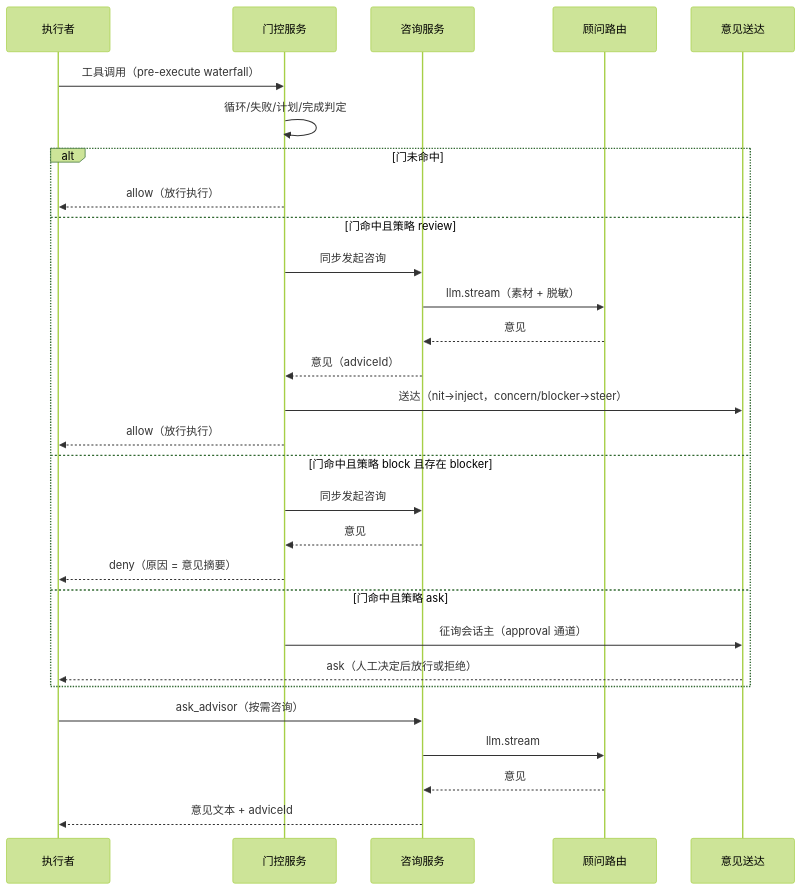
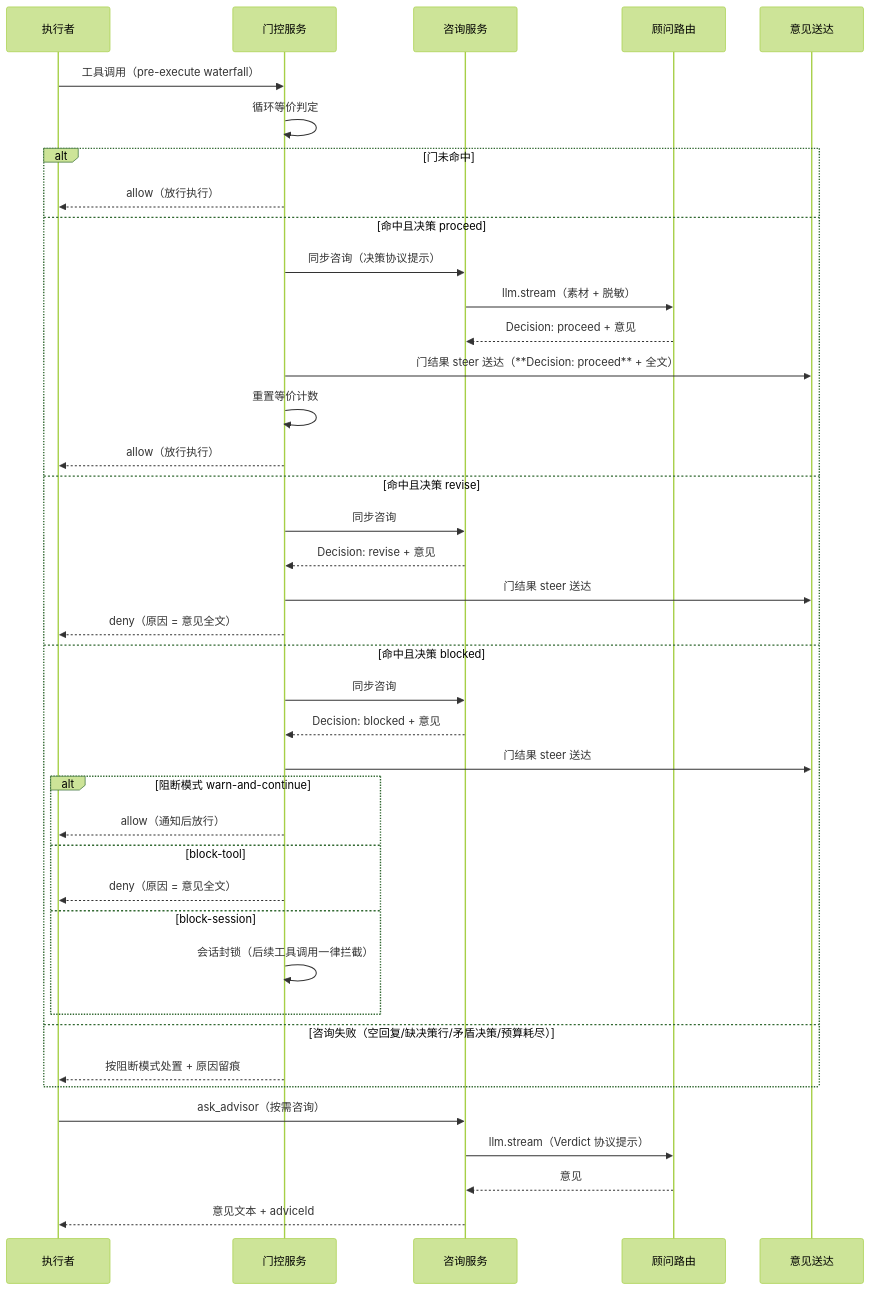
Before and after one commit to ccll/dsh-advisor-flow: the fourth of 9 diagrams in SOLUTION.md, drawn with Mermaid (forest theme). The commit also changed other lines of this file and 6 other files, not shown here.

````diff
--- a/SOLUTION.md
+++ b/SOLUTION.md
@@ -124,31 +124,42 @@
 ```mermaid
 sequenceDiagram
     participant E as 执行者
     participant G as 门控服务
     participant C as 咨询服务
     participant A as 顾问路由
     participant D as 意见送达
     E->>G: 工具调用（pre-execute waterfall）
-    G->>G: 循环/失败/计划/完成判定
+    G->>G: 循环等价判定
     alt 门未命中
         G-->>E: allow（放行执行）
-    else 门命中且策略 review
-        G->>C: 同步发起咨询
+    else 命中且决策 proceed
+        G->>C: 同步咨询（决策协议提示）
         C->>A: llm.stream（素材 + 脱敏）
-        A-->>C: 意见
-        C-->>G: 意见（adviceId）
-        G->>D: 送达（nit→inject，concern/blocker→steer）
+        A-->>C: Decision: proceed + 意见
+        G->>D: 门结果 steer 送达（**Decision: proceed** + 全文）
+        G->>G: 重置等价计数
         G-->>E: allow（放行执行）
-    else 门命中且策略 block 且存在 blocker
-        G->>C: 同步发起咨询
-        C-->>G: 意见
-        G-->>E: deny（原因 = 意见摘要）
-    else 门命中且策略 ask
-        G->>D: 征询会话主（approval 通道）
-        D-->>E: ask（人工决定后放行或拒绝）
+    else 命中且决策 revise
+        G->>C: 同步咨询
+        C-->>G: Decision: revise + 意见
+        G->>D: 门结果 steer 送达
+        G-->>E: deny（原因 = 意见全文）
+    else 命中且决策 blocked
+        G->>C: 同步咨询
+        C-->>G: Decision: blocked + 意见
+        G->>D: 门结果 steer 送达
+        alt 阻断模式 warn-and-continue
+            G-->>E: allow（通知后放行）
+        else block-tool
+            G-->>E: deny（原因 = 意见全文）
+        else block-session
+            G->>G: 会话封锁（后续工具调用一律拦截）
+        end
+    else 咨询失败（空回复/缺决策行/矛盾决策/预算耗尽）
+        G-->>E: 按阻断模式处置 + 原因留痕
     end
     E->>C: ask_advisor（按需咨询）
-    C->>A: llm.stream
+    C->>A: llm.stream（Verdict 协议提示）
     A-->>C: 意见
     C-->>E: 意见文本 + adviceId
 ```
````
